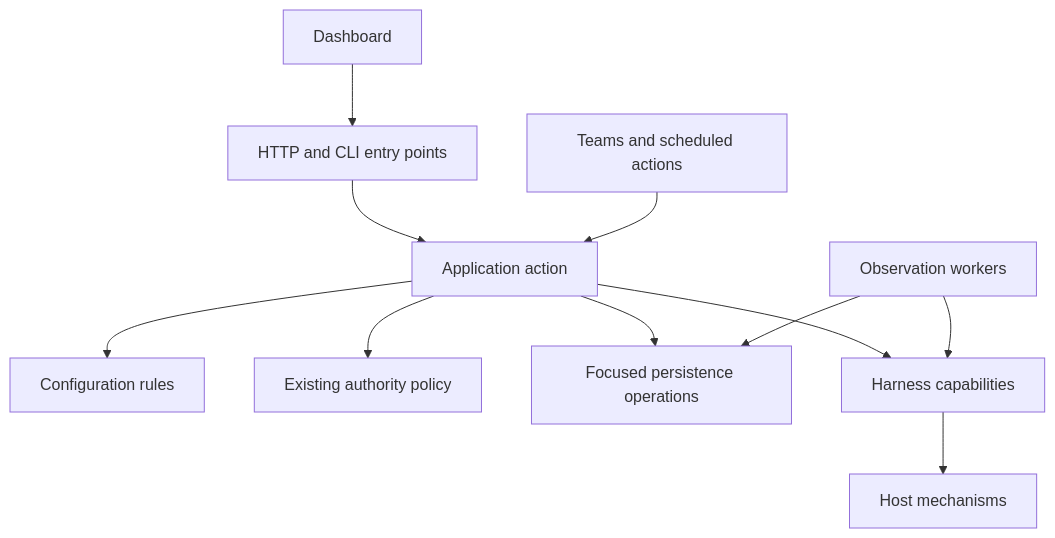
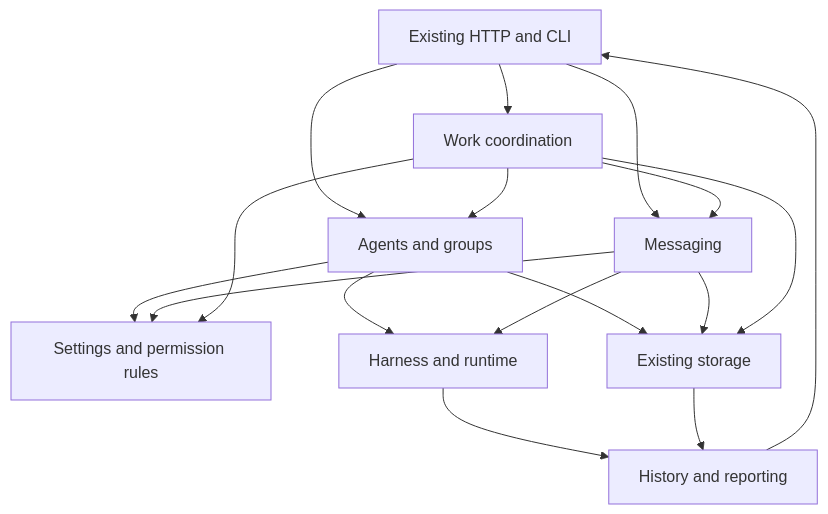
Before and after one commit to tofutools/tclaude: the diagram in docs/v2-plan-and-ideas/modules.md, drawn with Mermaid. The commit also changed other lines of this file and 4 other files, not shown here.

Commit message:
docs: explain exploratory architecture through user actions

````diff
--- a/docs/v2-plan-and-ideas/modules.md
+++ b/docs/v2-plan-and-ideas/modules.md
@@ -20,13 +43,19 @@
 ```mermaid
 flowchart TD
-    HTTP[HTTP and CLI entry points] --> A[Application action]
-    AUTO[Teams and scheduled actions] --> A
-    A --> CFG[Configuration rules]
-    A --> AUTH[Existing authority policy]
-    A --> DB[Focused persistence operations]
-    A --> HAR[Harness capabilities]
-    HAR --> HOST[Host mechanisms]
-    OBS[Observation workers] --> HAR
-    OBS --> DB
-    UI[Dashboard] --> HTTP
+    HTTP[Existing HTTP and CLI] --> Agent[Agents and groups]
+    HTTP --> Msg[Messaging]
+    HTTP --> Coord[Work coordination]
+    Coord --> Agent
+    Coord --> Msg
+    Agent --> Rules[Settings and permission rules]
+    Msg --> Rules
+    Coord --> Rules
+    Agent --> Native[Harness and runtime]
+    Msg --> Native
+    Agent --> DB[Existing storage]
+    Msg --> DB
+    Coord --> DB
+    Native --> View[History and reporting]
+    DB --> View
+    View --> HTTP
 ```
````
